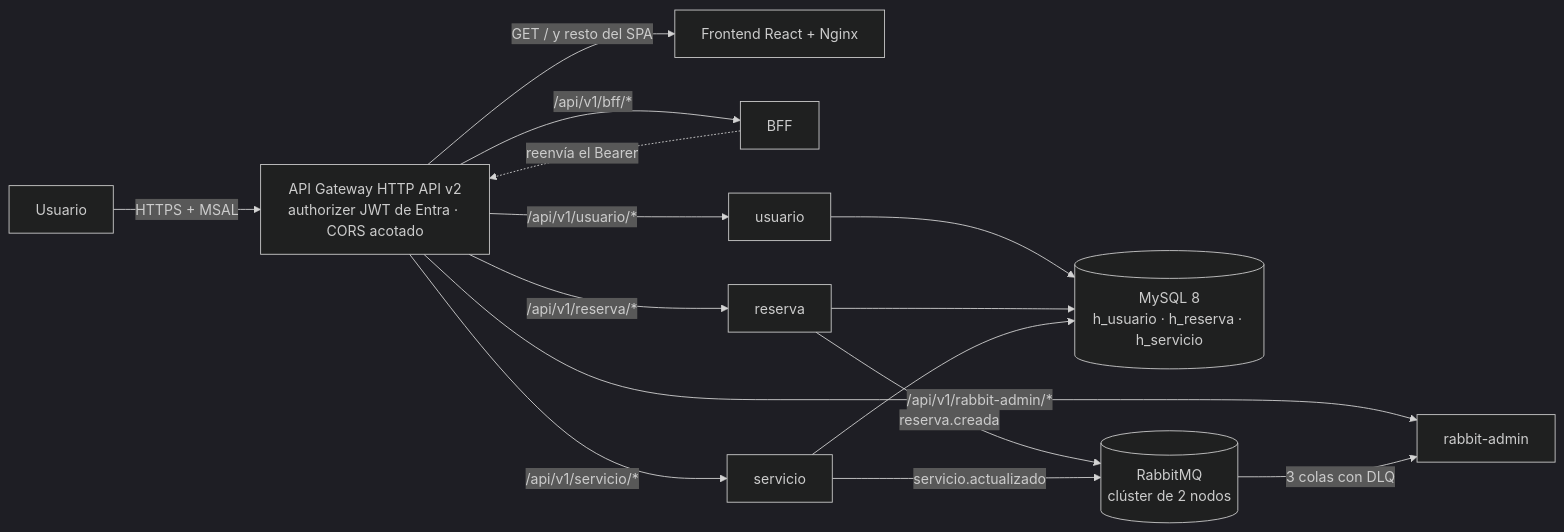
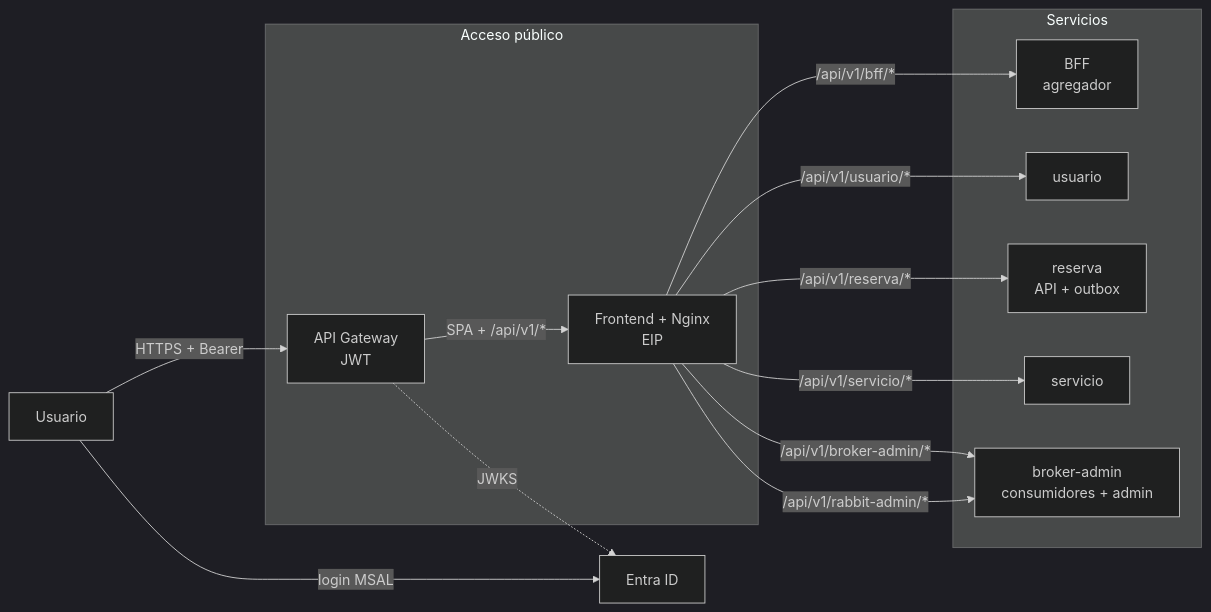
Before and after one commit to William-Caceres/CloudNative01: the first of 2 diagrams in README.md, drawn with Mermaid (dark theme). The commit also changed other lines of this file, not shown here.

First line of the commit message:
docs(readme): alinea README con el alcance y la arquitectura de EV3

````diff
--- a/README.md
+++ b/README.md
@@ -13,17 +35,30 @@
 ```mermaid
 flowchart LR
-    U[Usuario] -->|HTTPS + MSAL| G[API Gateway HTTP API v2<br/>authorizer JWT de Entra · CORS acotado]
-    G -->|GET / y resto del SPA| F[Frontend React + Nginx]
-    G -->|/api/v1/bff/*| B[BFF]
-    G -->|/api/v1/usuario/*| US[usuario]
-    G -->|/api/v1/reserva/*| R[reserva]
-    G -->|/api/v1/servicio/*| S[servicio]
-    G -->|/api/v1/rabbit-admin/*| RA[rabbit-admin]
-    B -.->|reenvía el Bearer| G
-    US --> DB[(MySQL 8<br/>h_usuario · h_reserva · h_servicio)]
-    R --> DB
-    S --> DB
-    R -->|reserva.creada| MQ[(RabbitMQ<br/>clúster de 2 nodos)]
-    S -->|servicio.actualizado| MQ
-    MQ -->|3 colas con DLQ| RA
+    U[Usuario]
+    IDP[Entra ID]
+
+    subgraph ACCESO [Acceso público]
+        G[API Gateway<br/>JWT]
+        F[Frontend + Nginx<br/>EIP]
+    end
+
+    subgraph SERVICIOS [Servicios]
+        B[BFF<br/>agregador]
+        US[usuario]
+        R[reserva<br/>API + outbox]
+        S[servicio]
+        BA[broker-admin<br/>consumidores + admin]
+    end
+
+    U -->|"login MSAL"| IDP
+    U -->|"HTTPS + Bearer"| G
+    G -.->|"JWKS"| IDP
+    G -->|"SPA + /api/v1/*"| F
+
+    F -->|"/api/v1/bff/*"| B
+    F -->|"/api/v1/usuario/*"| US
+    F -->|"/api/v1/reserva/*"| R
+    F -->|"/api/v1/servicio/*"| S
+    F -->|"/api/v1/broker-admin/*"| BA
+    F -->|"/api/v1/rabbit-admin/*"| BA
 ```
````
